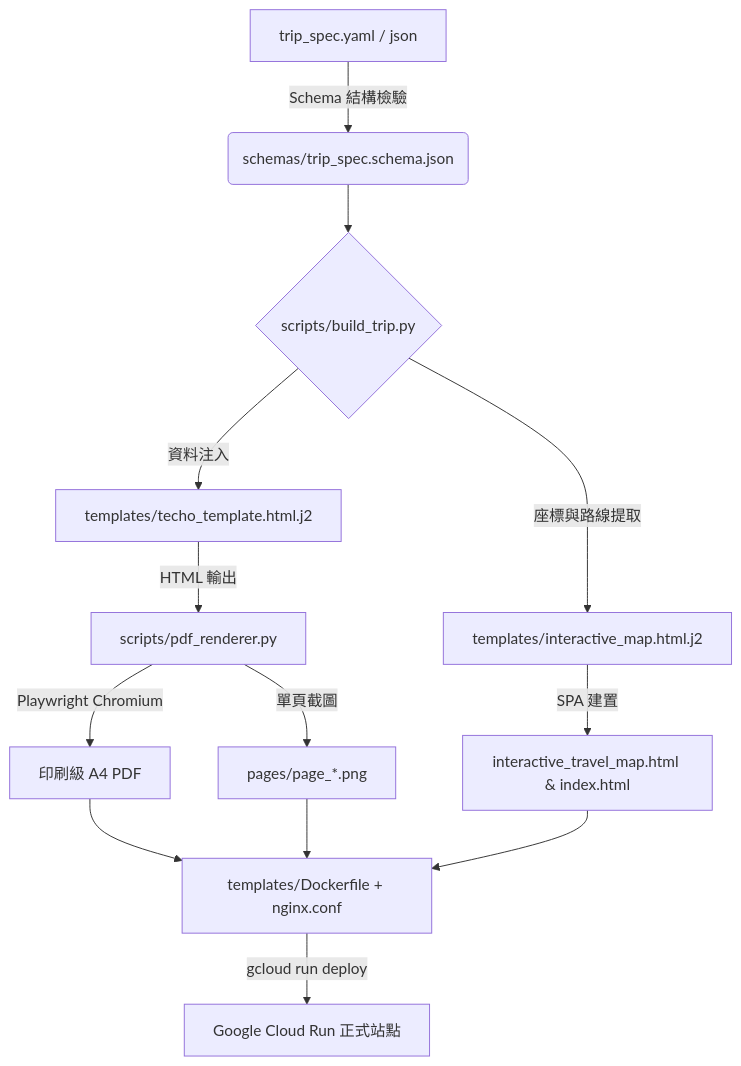
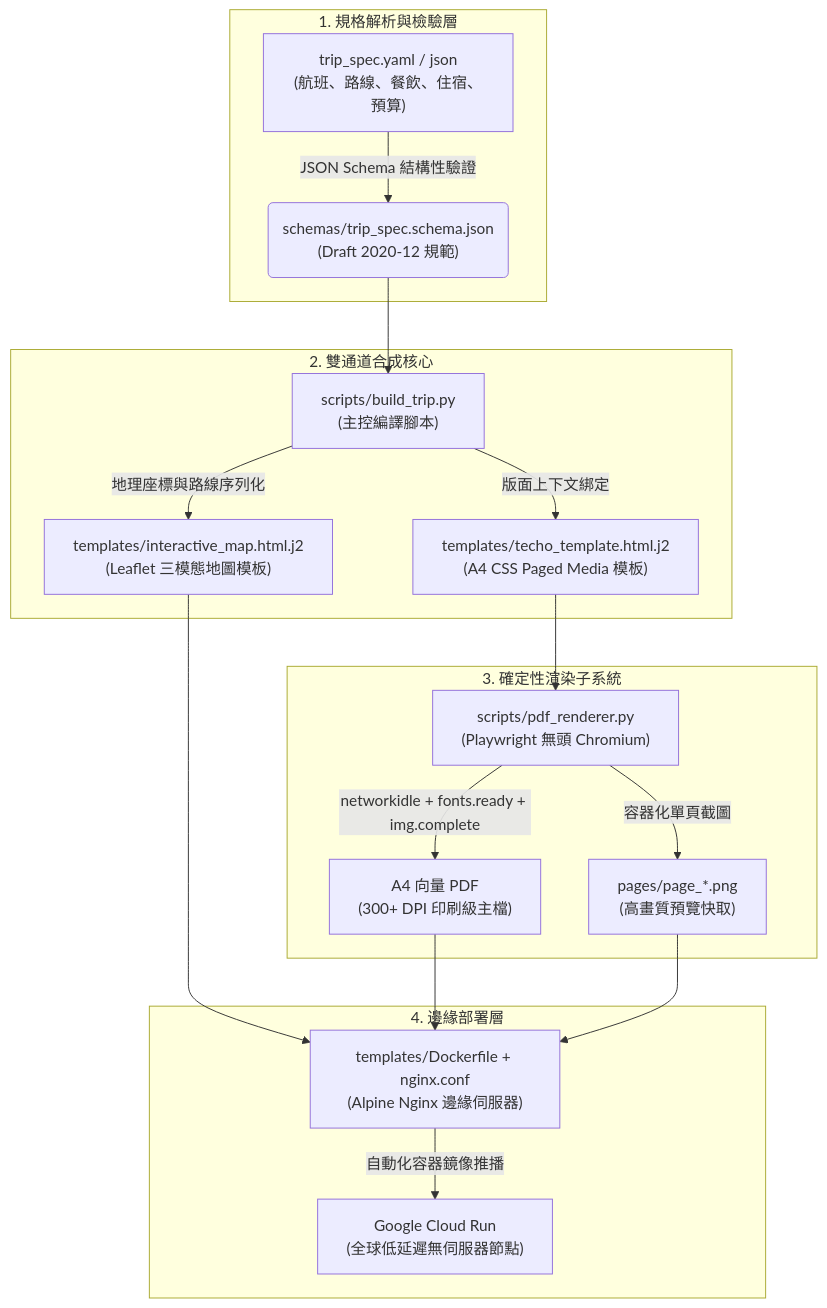
One commit to Leeababab/travel-planner-skill changed the second of 2 diagrams in README.md. Above: the diagram before and after it, drawn with Mermaid. The commit also changed other lines of this file, not shown here.

Commit message:
docs: redesign README with enterprise-grade technical aesthetics and structured architecture

````diff
--- a/README.md
+++ b/README.md
@@ -112,17 +177,23 @@
 ```mermaid
 flowchart TD
-    A[trip_spec.yaml / json] -->|Schema 結構檢驗| B(schemas/trip_spec.schema.json)
-    B --> C{scripts/build_trip.py}
-    
-    C -->|資料注入| D[templates/techo_template.html.j2]
-    C -->|座標與路線提取| E[templates/interactive_map.html.j2]
-    
-    D -->|HTML 輸出| F[scripts/pdf_renderer.py]
-    F -->|Playwright Chromium| G[印刷級 A4 PDF]
-    F -->|單頁截圖| H[pages/page_*.png]
-    
-    E -->|SPA 建置| I[interactive_travel_map.html & index.html]
-    
-    G & H & I --> J[templates/Dockerfile + nginx.conf]
-    J -->|gcloud run deploy| K[Google Cloud Run 正式站點]
+    subgraph Ingestion_Layer["1. 規格解析與檢驗層"]
+        A["trip_spec.yaml / json\n(航班、路線、餐飲、住宿、預算)"] -->|JSON Schema 結構性驗證| B("schemas/trip_spec.schema.json\n(Draft 2020-12 規範)")
+    end
+
+    subgraph Core_Synthesizer["2. 雙通道合成核心"]
+        B --> C["scripts/build_trip.py\n(主控編譯腳本)"]
+        C -->|版面上下文綁定| D["templates/techo_template.html.j2\n(A4 CSS Paged Media 模板)"]
+        C -->|地理座標與路線序列化| E["templates/interactive_map.html.j2\n(Leaflet 三模態地圖模板)"]
+    end
+
+    subgraph Rendering_Subsystem["3. 確定性渲染子系統"]
+        D --> F["scripts/pdf_renderer.py\n(Playwright 無頭 Chromium)"]
+        F -->|networkidle + fonts.ready + img.complete| G["A4 向量 PDF\n(300+ DPI 印刷級主檔)"]
+        F -->|容器化單頁截圖| H["pages/page_*.png\n(高畫質預覽快取)"]
+    end
+
+    subgraph Distribution_Layer["4. 邊緣部署層"]
+        E & G & H --> I["templates/Dockerfile + nginx.conf\n(Alpine Nginx 邊緣伺服器)"]
+        I -->|自動化容器鏡像推播| J["Google Cloud Run\n(全球低延遲無伺服器節點)"]
+    end
 ```
````
